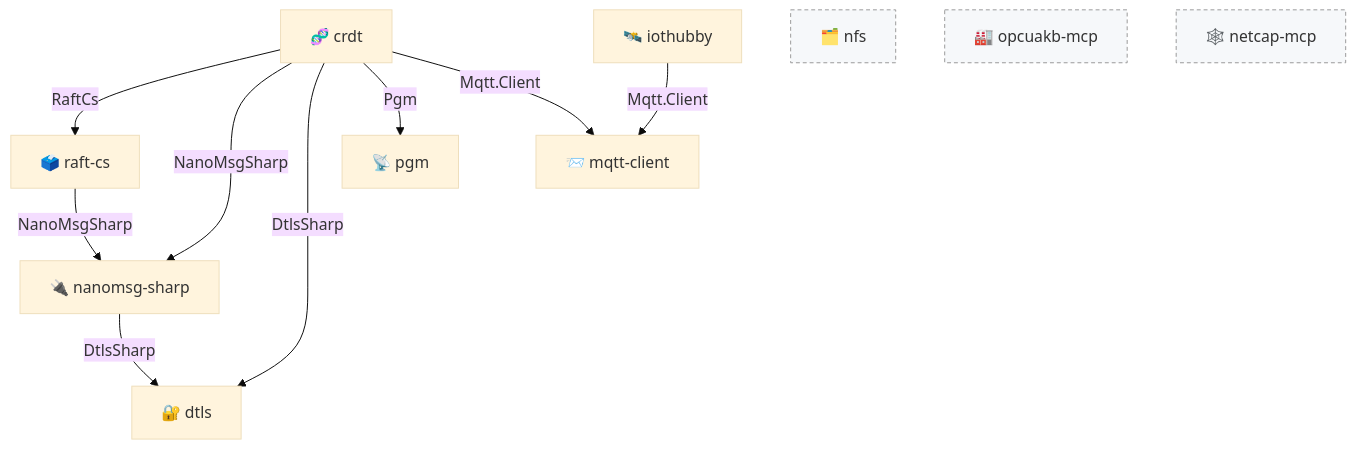
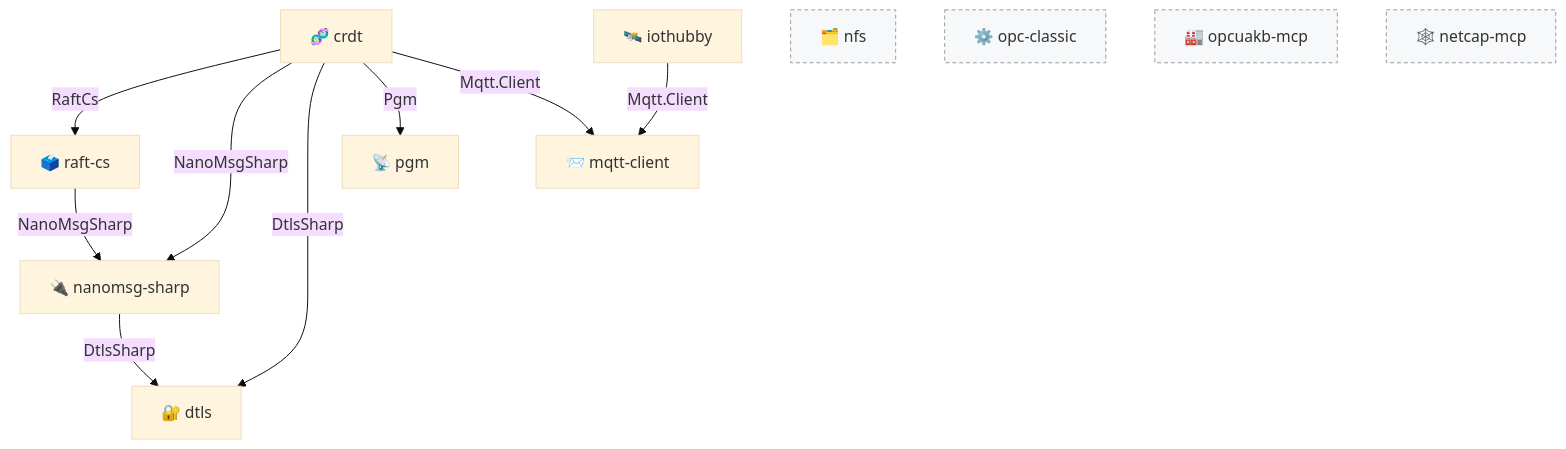
The diagram in README.md (marcschier/marcschier), drawn with Mermaid (base theme) before and after one commit. The commit also changed other lines of this file, not shown here.

Commit message:
docs: add opc-classic to SDKs and dependency graph

````diff
--- a/README.md
+++ b/README.md
@@ -132,18 +143,19 @@
 ```mermaid
 graph TD
     crdt["🧬 crdt"] -->|RaftCs| raftcs["🗳️ raft-cs"]
     crdt -->|NanoMsgSharp| nanomsg["🔌 nanomsg-sharp"]
     crdt -->|DtlsSharp| dtls["🔐 dtls"]
     crdt -->|Pgm| pgm["📡 pgm"]
     crdt -->|Mqtt.Client| mqtt["📨 mqtt-client"]
     raftcs -->|NanoMsgSharp| nanomsg
     nanomsg -->|DtlsSharp| dtls
     iothubby["🛰️ iothubby"] -->|Mqtt.Client| mqtt
 
     nfs["🗂️ nfs"]
+    opcclassic["⚙️ opc-classic"]
     opcuakb["🏭 opcuakb-mcp"]
     netcap["🕸️ netcap-mcp"]
 
     classDef standalone fill:#f6f8fa,stroke:#999,stroke-dasharray:4 3,color:#333;
-    class nfs,opcuakb,netcap standalone;
+    class nfs,opcclassic,opcuakb,netcap standalone;
 ```
````
